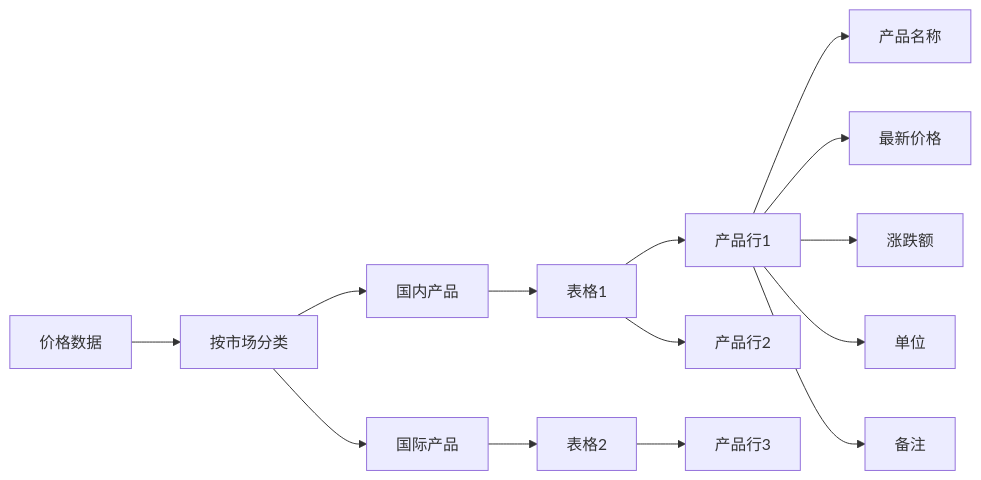
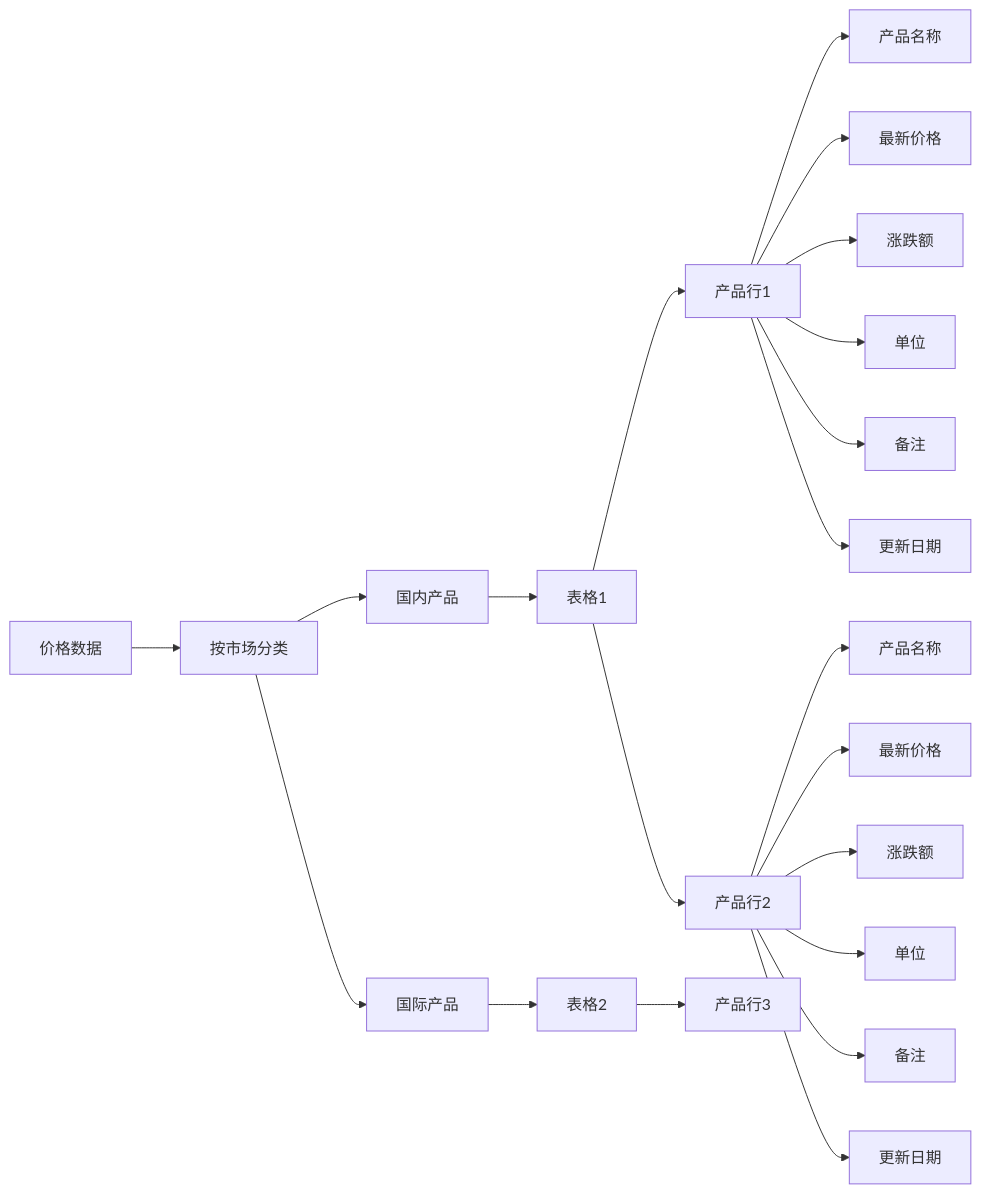
The seventh of 13 diagrams in .qoder/repowiki/zh/content/数据管理/价格数据管理.md (liangxuanliang-cmd/carbon-info-agent), drawn with Mermaid before and after one commit. The commit also changed other lines of this file and 8 other files, not shown here.

````diff
--- a/.qoder/repowiki/zh/content/数据管理/价格数据管理.md
+++ b/.qoder/repowiki/zh/content/数据管理/价格数据管理.md
@@ -351,16 +355,23 @@
 ```mermaid
 flowchart LR
 Data[价格数据] --> Filter[按市场分类]
 Filter --> Domestic[国内产品]
 Filter --> International[国际产品]
 Domestic --> Table1[表格1]
 International --> Table2[表格2]
 Table1 --> Row1[产品行1]
 Table1 --> Row2[产品行2]
 Table2 --> Row3[产品行3]
 Row1 --> Cell1[产品名称]
 Row1 --> Cell2[最新价格]
 Row1 --> Cell3[涨跌额]
 Row1 --> Cell4[单位]
 Row1 --> Cell5[备注]
+Row1 --> Cell6[更新日期]
+Row2 --> Cell7[产品名称]
+Row2 --> Cell8[最新价格]
+Row2 --> Cell9[涨跌额]
+Row2 --> Cell10[单位]
+Row2 --> Cell11[备注]
+Row2 --> Cell12[更新日期]
 ```
````
